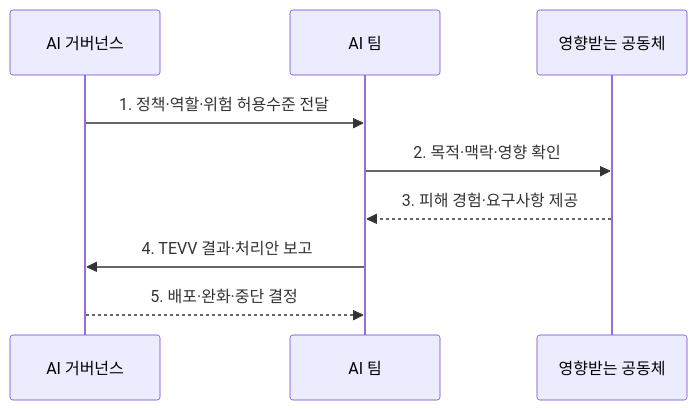
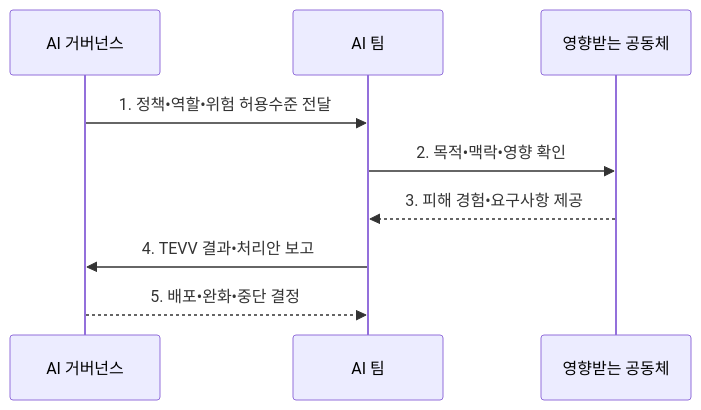
Before and after one commit to agnusdei1207/knowledge-base: the second of 2 diagrams in src/content/docs/notes/07-law-policy/038_nist_ai_rmf.md, drawn with Mermaid. The commit also changed other lines of this file and 953 other files, not shown here.

````diff
--- a/src/content/docs/notes/07-law-policy/038_nist_ai_rmf.md
+++ b/src/content/docs/notes/07-law-policy/038_nist_ai_rmf.md
@@ -98,11 +98,11 @@
 ```mermaid
 sequenceDiagram
     participant G as AI 거버넌스
     participant T as AI 팀
     participant S as 영향받는 공동체
-    G->>T: 1. 정책·역할·위험 허용수준 전달
-    T->>S: 2. 목적·맥락·영향 확인
-    S-->>T: 3. 피해 경험·요구사항 제공
-    T->>G: 4. TEVV 결과·처리안 보고
-    G-->>T: 5. 배포·완화·중단 결정
+    G->>T: 1. 정책•역할•위험 허용수준 전달
+    T->>S: 2. 목적•맥락•영향 확인
+    S-->>T: 3. 피해 경험•요구사항 제공
+    T->>G: 4. TEVV 결과•처리안 보고
+    G-->>T: 5. 배포•완화•중단 결정
 ```
````
